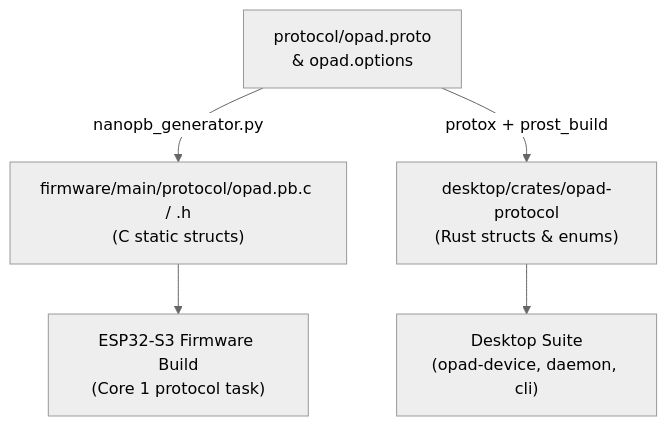
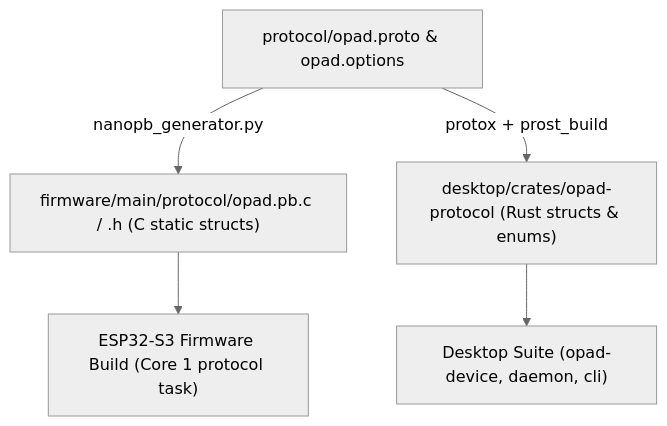
One commit to OPad-dev/OPad changed the diagram in docs/develop/protocol-changes.md. Above: the diagram before and after it, drawn with Mermaid (neutral theme). The commit also changed other lines of this file and 1 other file, not shown here.

First line of the commit message:
docs(develop): protocol-changes.md checked against the code

````diff
--- a/docs/develop/protocol-changes.md
+++ b/docs/develop/protocol-changes.md
@@ -25,7 +14,7 @@
 ```mermaid
 flowchart TD
-    Schema["protocol/opad.proto\n& opad.options"] -->|nanopb_generator.py| NanoPB["firmware/main/protocol/opad.pb.c / .h\n(C static structs)"]
-    Schema -->|protox + prost_build| Prost["desktop/crates/opad-protocol\n(Rust structs & enums)"]
-    NanoPB --> ESP["ESP32-S3 Firmware Build\n(Core 1 protocol task)"]
-    Prost --> Desktop["Desktop Suite\n(opad-device, daemon, cli)"]
+    Schema["protocol/opad.proto & opad.options"] -->|nanopb_generator.py| NanoPB["firmware/main/protocol/opad.pb.c / .h (C static structs)"]
+    Schema -->|protox + prost_build| Prost["desktop/crates/opad-protocol (Rust structs & enums)"]
+    NanoPB --> ESP["ESP32-S3 Firmware Build (Core 1 protocol task)"]
+    Prost --> Desktop["Desktop Suite (opad-device, daemon, cli)"]
 ```
````
